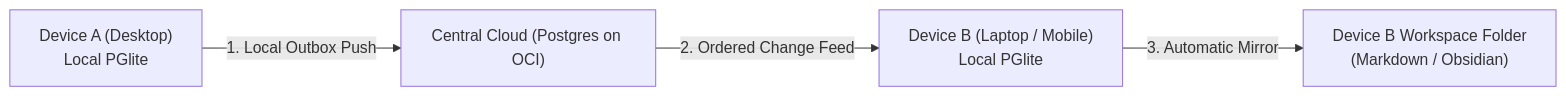
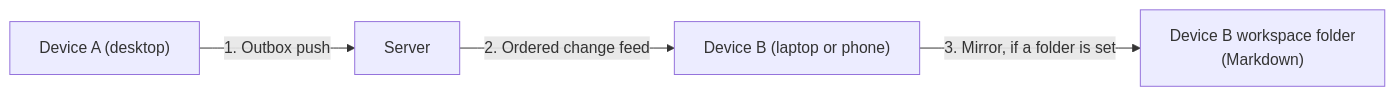
Before and after one commit to Satwik-Miyyapuram/weaveforge: the diagram in docs/using/sync.md, drawn with Mermaid. The commit also changed other lines of this file and 2 other files, not shown here.

````diff
--- a/docs/using/sync.md
+++ b/docs/using/sync.md
@@ -247,6 +134,6 @@
 ```mermaid
 flowchart LR
-    A["Device A (Desktop)<br/>Local PGlite"] -->|"1. Local Outbox Push"| S["Central Cloud (Postgres on OCI)"]
-    S -->|"2. Ordered Change Feed"| B["Device B (Laptop / Mobile)<br/>Local PGlite"]
-    B -->|"3. Automatic Mirror"| M["Device B Workspace Folder<br/>(Markdown / Obsidian)"]
+    A["Device A (desktop)"] -->|"1. Outbox push"| S["Server"]
+    S -->|"2. Ordered change feed"| B["Device B (laptop or phone)"]
+    B -->|"3. Mirror, if a folder is set"| M["Device B workspace folder<br/>(Markdown)"]
 ```
````
